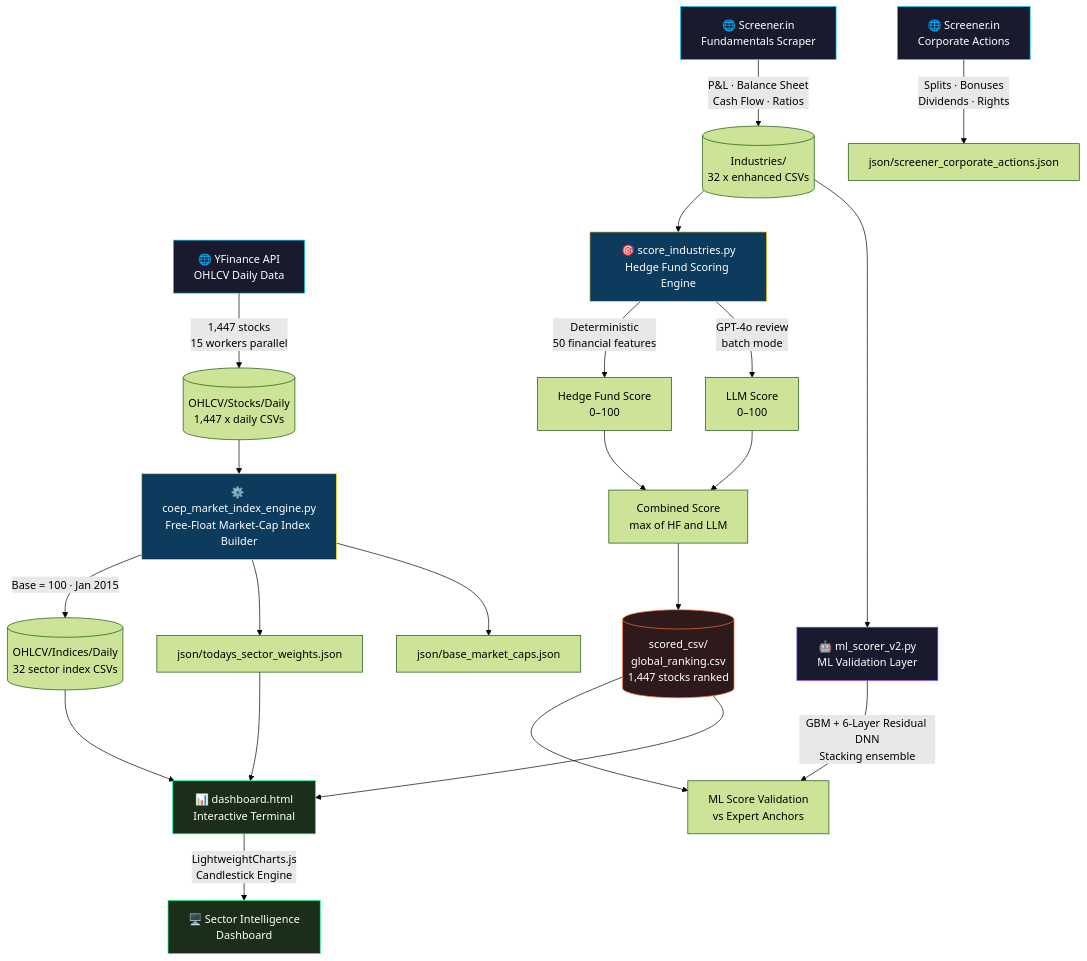
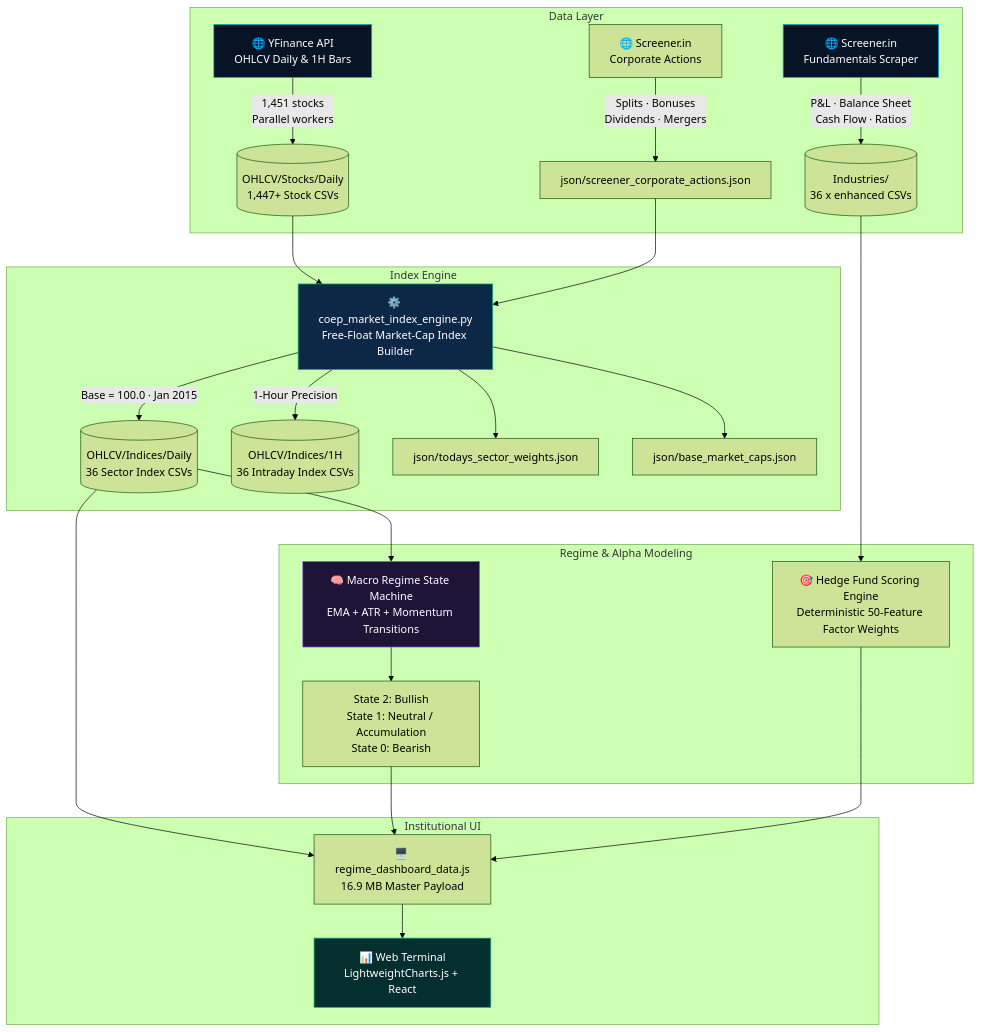
One commit to COEP-Quant-Finance-Club/COEP_Market_index changed the diagram in README.md. Above: the diagram before and after it, drawn with Mermaid (forest theme). The commit also changed other lines of this file and 92 other files, not shown here.

Commit message:
Revamp README with institutional design, embedded terminal previews, audited 36-sector leaderboard, and 1-click dataset download links

````diff
--- a/README.md
+++ b/README.md
@@ -449,38 +169,36 @@
 ```mermaid
 flowchart TD
-    A[🌐 YFinance API\nOHLCV Daily Data] -->|1,447 stocks\n15 workers parallel| B[(OHLCV/Stocks/Daily\n1,447 x daily CSVs)]
-    C[🌐 Screener.in\nFundamentals Scraper] -->|P&L · Balance Sheet\nCash Flow · Ratios| D[(Industries/\n32 x enhanced CSVs)]
-    E[🌐 Screener.in\nCorporate Actions] -->|Splits · Bonuses\nDividends · Rights| F[json/screener_corporate_actions.json]
+    subgraph Data Layer
+        A[🌐 YFinance API\nOHLCV Daily & 1H Bars] -->|1,451 stocks\nParallel workers| B[(OHLCV/Stocks/Daily\n1,447+ Stock CSVs)]
+        C[🌐 Screener.in\nFundamentals Scraper] -->|P&L · Balance Sheet\nCash Flow · Ratios| D[(Industries/\n36 x enhanced CSVs)]
+        E[🌐 Screener.in\nCorporate Actions] -->|Splits · Bonuses\nDividends · Mergers| F[json/screener_corporate_actions.json]
+    end
 
-    B --> G[⚙️ coep_market_index_engine.py\nFree-Float Market-Cap Index Builder]
-    G -->|Base = 100 · Jan 2015| H[(OHLCV/Indices/Daily\n32 sector index CSVs)]
-    G --> I[json/todays_sector_weights.json]
-    G --> J[json/base_market_caps.json]
+    subgraph Index Engine
+        B --> G[⚙️ coep_market_index_engine.py\nFree-Float Market-Cap Index Builder]
+        F --> G
+        G -->|Base = 100.0 · Jan 2015| H[(OHLCV/Indices/Daily\n36 Sector Index CSVs)]
+        G -->|1-Hour Precision| H1[(OHLCV/Indices/1H\n36 Intraday Index CSVs)]
+        G --> I[json/todays_sector_weights.json]
+        G --> J[json/base_market_caps.json]
+    end
 
-    D --> K[🎯 score_industries.py\nHedge Fund Scoring Engine]
-    K -->|Deterministic\n50 financial features| L[Hedge Fund Score\n0–100]
-    K -->|GPT-4o review\nbatch mode| M[LLM Score\n0–100]
-    L --> N[Combined Score\nmax of HF and LLM]
-    M --> N
+    subgraph Regime & Alpha Modeling
+        H --> K[🧠 Macro Regime State Machine\nEMA + ATR + Momentum Transitions]
+        K --> L[State 2: Bullish\nState 1: Neutral / Accumulation\nState 0: Bearish]
+        D --> M[🎯 Hedge Fund Scoring Engine\nDeterministic 50-Feature Factor Weights]
+    end
 
-    N --> O[(scored_csv/\nglobal_ranking.csv\n1,447 stocks ranked)]
+    subgraph Institutional UI
+        H --> N[🖥️ regime_dashboard_data.js\n16.9 MB Master Payload]
+        L --> N
+        M --> N
+        N --> O[📊 Web Terminal\nLightweightCharts.js + React]
+    end
 
-    D --> P[🤖 ml_scorer_v2.py\nML Validation Layer]
-    P -->|GBM + 6-Layer Residual DNN\nStacking ensemble| Q[ML Score Validation\nvs Expert Anchors]
-    O --> Q
-
-    H --> R[📊 dashboard.html\nInteractive Terminal]
-    O --> R
-    I --> R
-    R -->|LightweightCharts.js\nCandlestick Engine| S[🖥️ Sector Intelligence\nDashboard]
-
-    style A fill:#1a1a2e,stroke:#00d4ff,color:#fff
-    style C fill:#1a1a2e,stroke:#00d4ff,color:#fff
-    style E fill:#1a1a2e,stroke:#00d4ff,color:#fff
-    style G fill:#0d3b5e,stroke:#ffd700,color:#fff
-    style K fill:#0d3b5e,stroke:#ffd700,color:#fff
-    style P fill:#1a1a2e,stroke:#7b2ff7,color:#fff
-    style R fill:#1a2e1a,stroke:#00ff88,color:#fff
-    style S fill:#1a2e1a,stroke:#00ff88,color:#fff
-    style O fill:#2e1a1a,stroke:#ff6b35,color:#fff
+    style A fill:#061426,stroke:#06b6d4,color:#fff
+    style C fill:#061426,stroke:#06b6d4,color:#fff
+    style G fill:#0d2847,stroke:#10b981,color:#fff
+    style K fill:#1e1438,stroke:#a855f7,color:#fff
+    style O fill:#042f2e,stroke:#14b8a6,color:#fff
 ```
````
